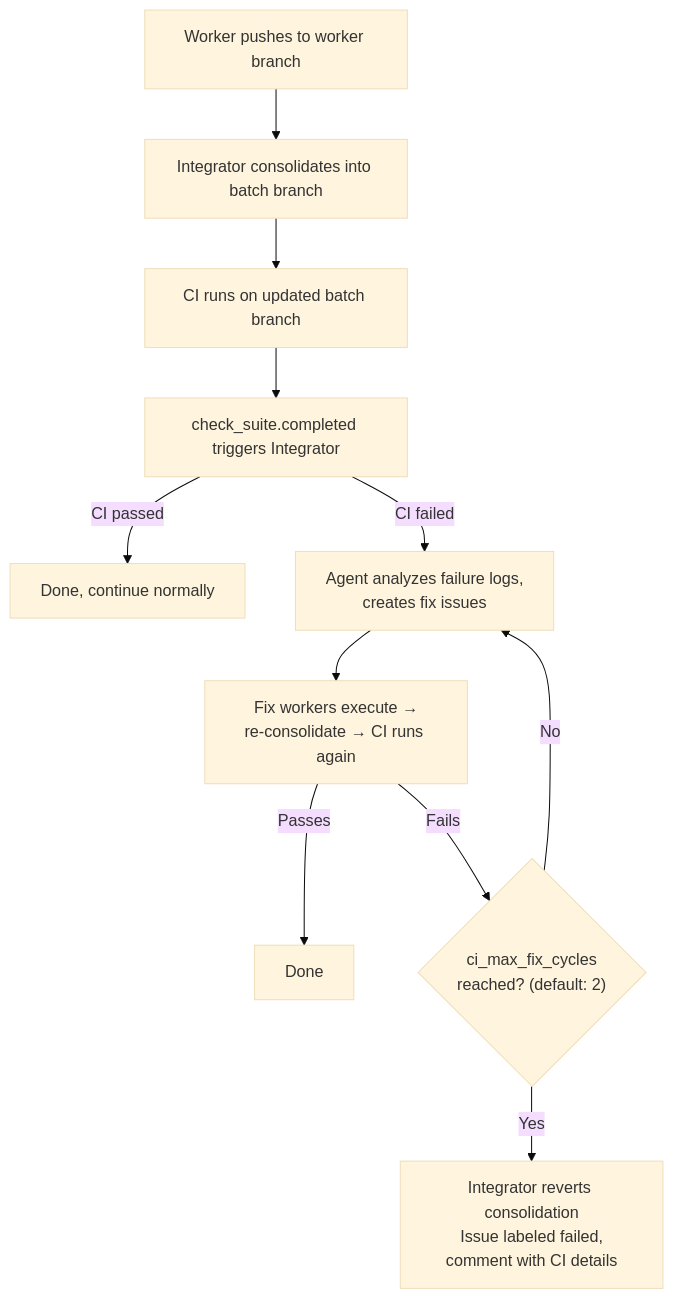
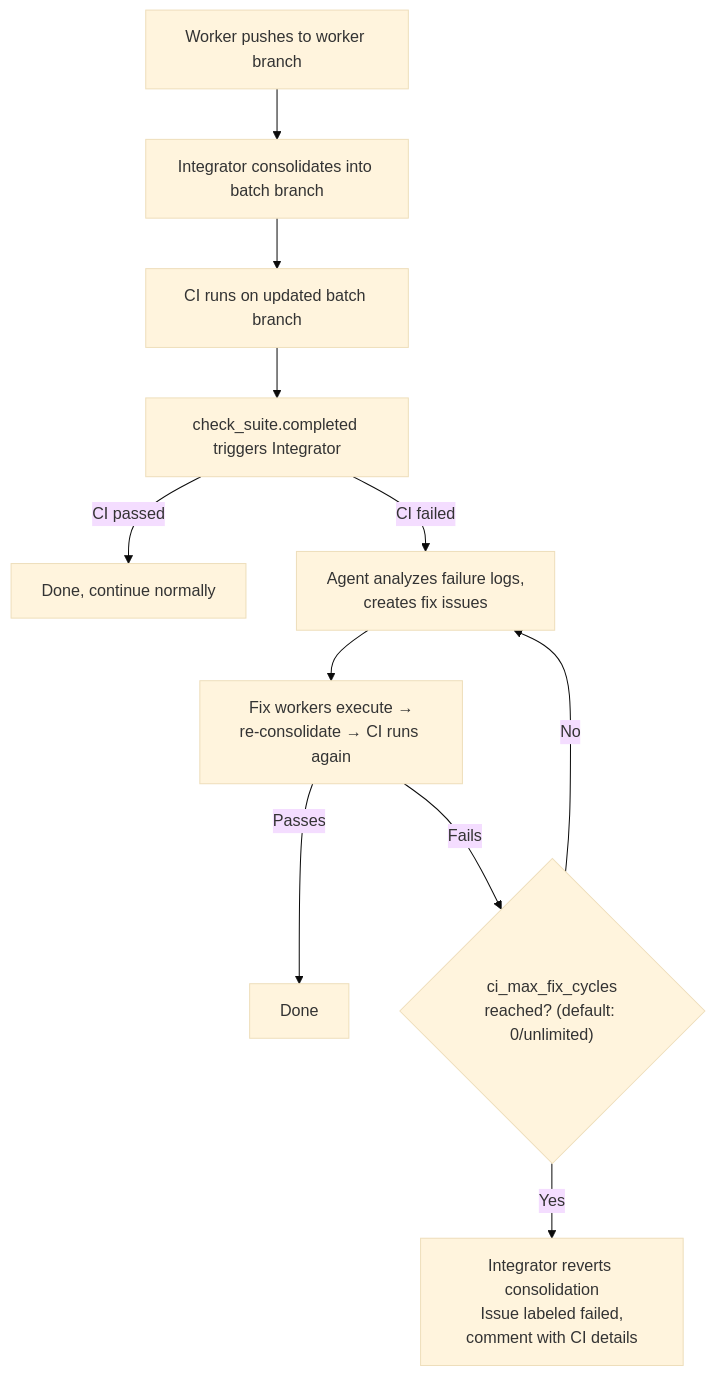
Before and after one commit to Herd-OS/herd: the tenth of 11 diagrams in docs/design/execution.md, drawn with Mermaid (base theme). The commit also changed other lines of this file and 3 other files, not shown here.

First line of the commit message:
Change defaults: unlimited fix cycles and low review severity

````diff
--- a/docs/design/execution.md
+++ b/docs/design/execution.md
@@ -727,13 +727,13 @@
 ```mermaid
 graph TD
     A["Worker pushes to worker branch"] --> B["Integrator consolidates into batch branch"]
     B --> C["CI runs on updated batch branch"]
     C --> D["check_suite.completed triggers Integrator"]
     D -->|CI passed| DONE["Done, continue normally"]
     D -->|CI failed| G["Agent analyzes failure logs,<br>creates fix issues"]
     G --> H["Fix workers execute →<br>re-consolidate → CI runs again"]
     H -->|Passes| DONE2["Done"]
-    H -->|Fails| I{"ci_max_fix_cycles<br>reached? (default: 2)"}
+    H -->|Fails| I{"ci_max_fix_cycles<br>reached? (default: 0/unlimited)"}
     I -->|No| G
     I -->|Yes| J["Integrator reverts consolidation<br>Issue labeled failed,<br>comment with CI details"]
 ```
````
